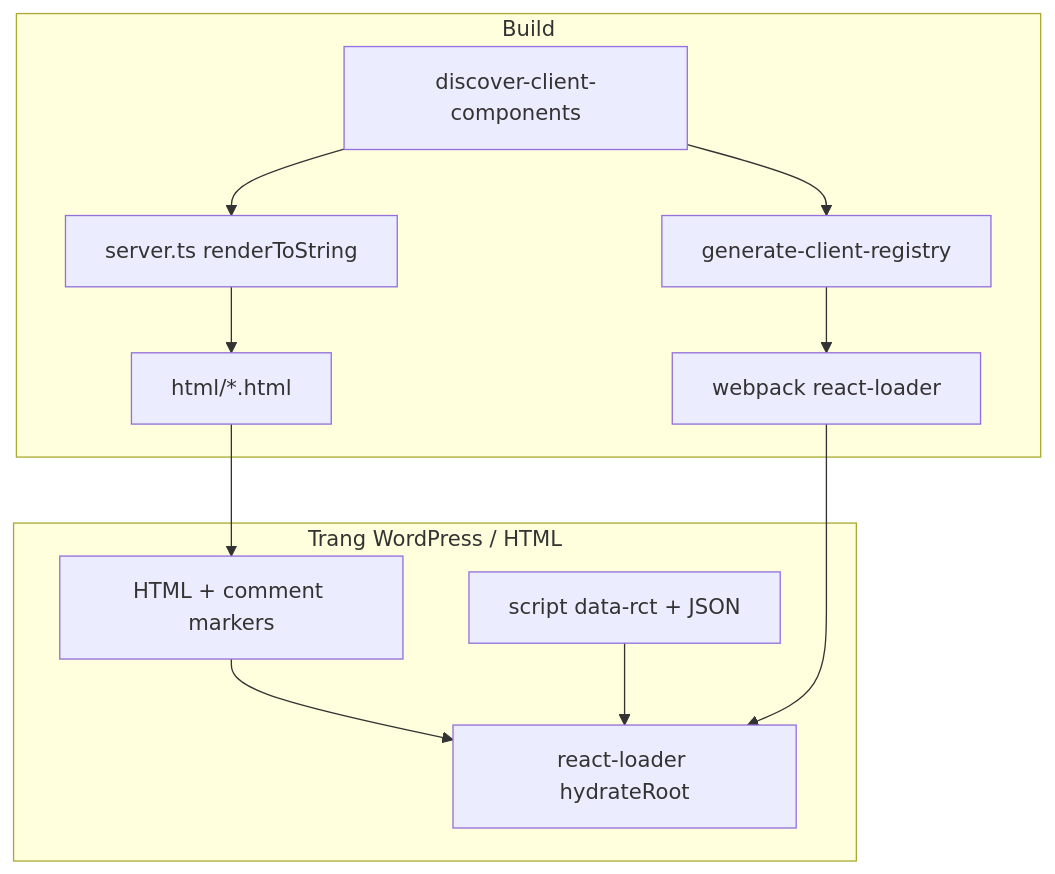
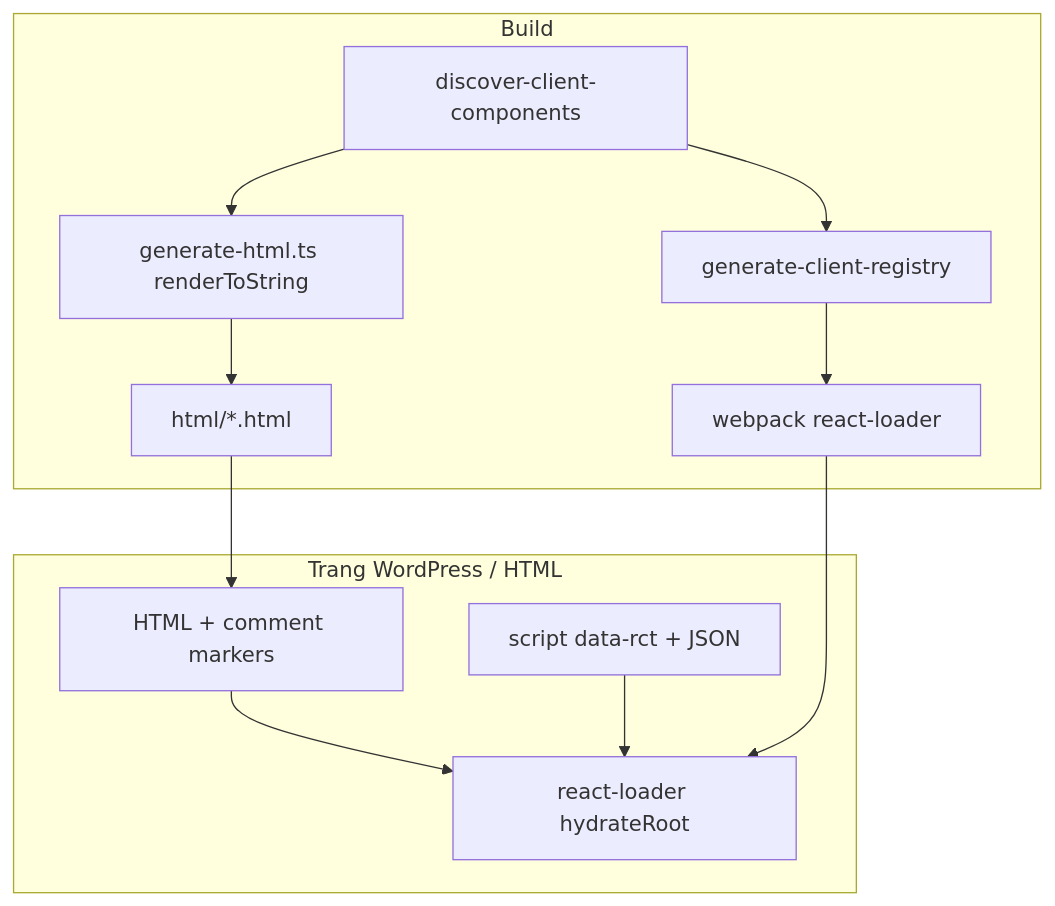
One commit to lehung1109/api-rc changed the diagram in README.md. Above: the diagram before and after it, drawn with Mermaid. The commit also changed other lines of this file and 5 other files, not shown here.

Commit message:
Refactor build process by replacing server.ts with scripts/generate-html.ts for HTML generation; update package.json and README to reflect changes in build commands and component registration flow.

````diff
--- a/README.md
+++ b/README.md
@@ -7,21 +7,21 @@
 ```mermaid
 flowchart TB
   subgraph build [Build]
     discover[discover-client-components]
     registry[generate-client-registry]
-    server[server.ts renderToString]
+    generateHtml[generate-html.ts renderToString]
     discover --> registry
-    discover --> server
-    server --> htmlFiles[html/*.html]
+    discover --> generateHtml
+    generateHtml --> htmlFiles[html/*.html]
     registry --> webpack[webpack react-loader]
   end
   subgraph runtime [Trang WordPress / HTML]
     staticHtml[HTML + comment markers]
     scriptTag["script data-rct + JSON"]
     hydrate[react-loader hydrateRoot]
     staticHtml --> hydrate
     scriptTag --> hydrate
   end
   htmlFiles --> staticHtml
   webpack --> hydrate
 ```
````
